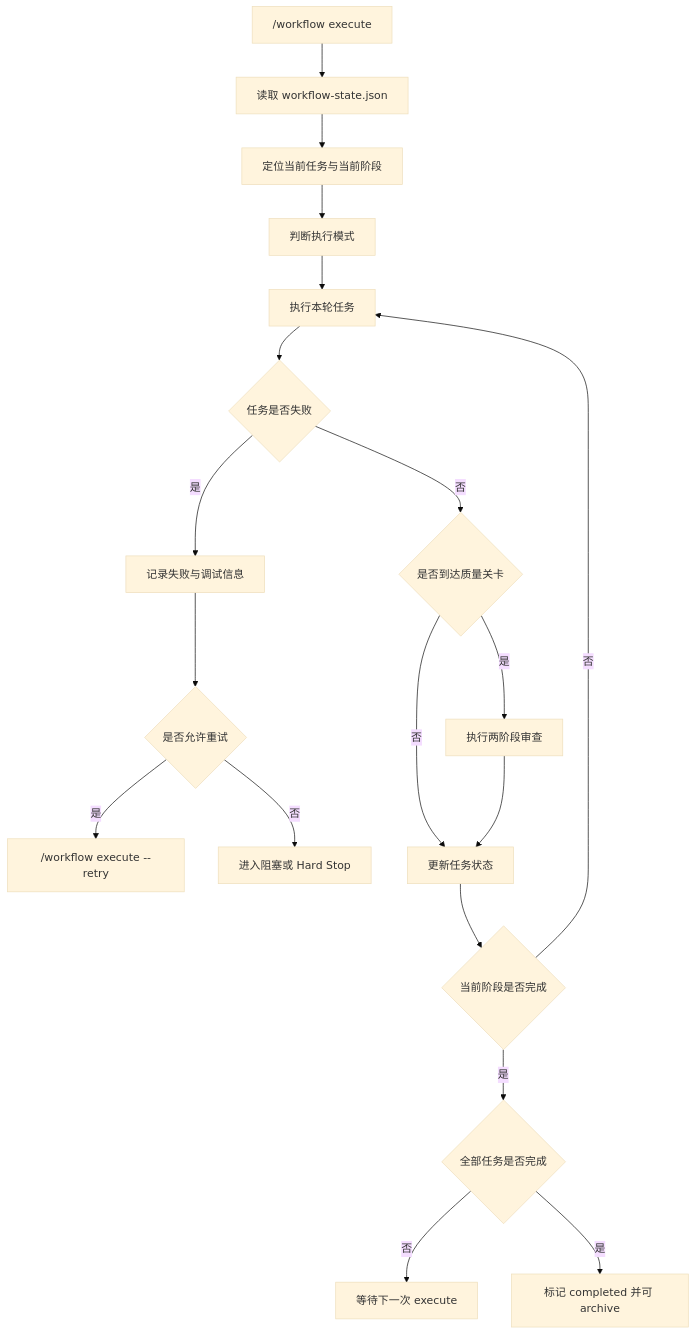
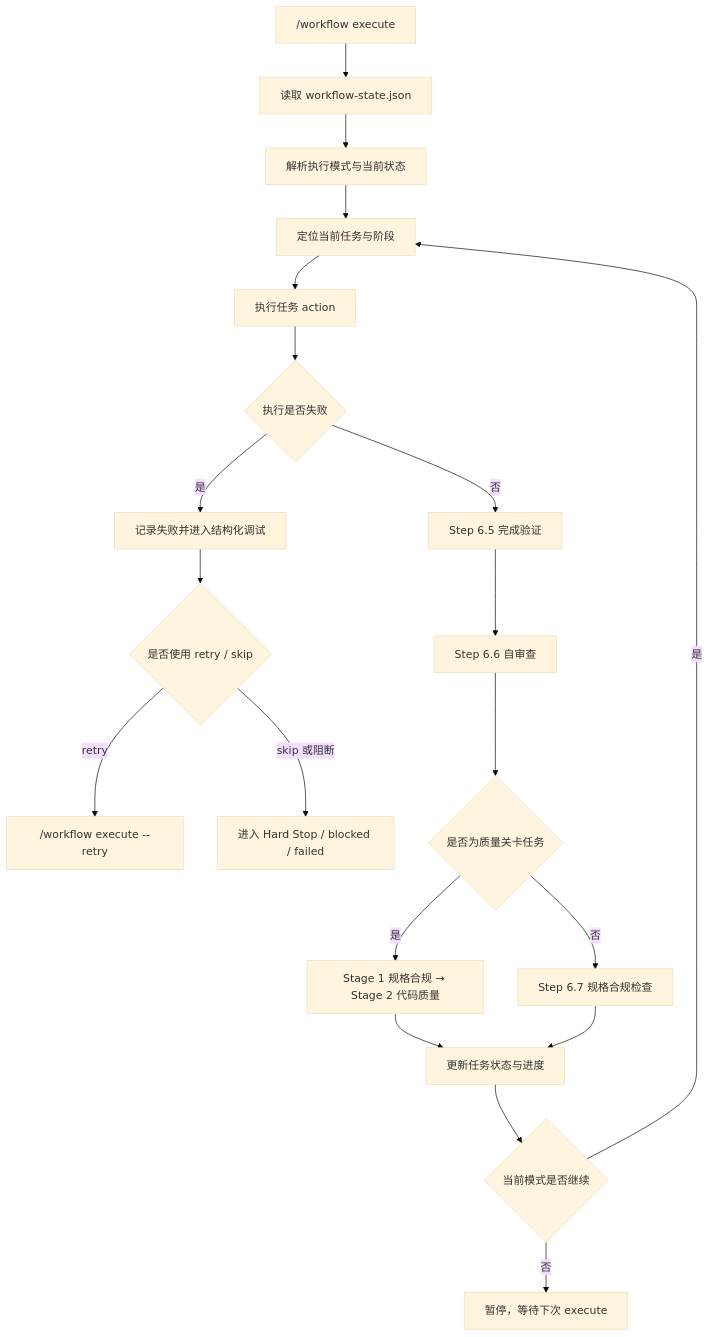
Before and after one commit to fan776783/claude-workflow: the second of 2 diagrams in Claude-Code-工作流体系指南.md, drawn with Mermaid (base theme). The commit also changed other lines of this file and 39 other files, not shown here.

````diff
--- a/Claude-Code-工作流体系指南.md
+++ b/Claude-Code-工作流体系指南.md
@@ -406,21 +395,22 @@
 ```mermaid
 flowchart TD
     A["/workflow execute"] --> B["读取 workflow-state.json"]
-    B --> C["定位当前任务与当前阶段"]
-    C --> D["判断执行模式"]
-    D --> E["执行本轮任务"]
-    E --> F{"任务是否失败"}
-    F -->|是| G["记录失败与调试信息"]
-    G --> H{"是否允许重试"}
-    H -->|是| I["/workflow execute --retry"]
-    H -->|否| J["进入阻塞或 Hard Stop"]
-    F -->|否| K{"是否到达质量关卡"}
-    K -->|是| L["执行两阶段审查"]
-    K -->|否| M["更新任务状态"]
-    L --> M
-    M --> N{"当前阶段是否完成"}
-    N -->|否| E
-    N -->|是| O{"全部任务是否完成"}
-    O -->|否| P["等待下一次 execute"]
-    O -->|是| Q["标记 completed 并可 archive"]
+    B --> C["解析执行模式与当前状态"]
+    C --> D["定位当前任务与阶段"]
+    D --> E["执行任务 action"]
+    E --> F{"执行是否失败"}
+    F -->|是| G["记录失败并进入结构化调试"]
+    G --> H{"是否使用 retry / skip"}
+    H -->|retry| I["/workflow execute --retry"]
+    H -->|skip 或阻断| J["进入 Hard Stop / blocked / failed"]
+    F -->|否| K["Step 6.5 完成验证"]
+    K --> L["Step 6.6 自审查"]
+    L --> M{"是否为质量关卡任务"}
+    M -->|是| N["Stage 1 规格合规 → Stage 2 代码质量"]
+    M -->|否| O["Step 6.7 规格合规检查"]
+    N --> P["更新任务状态与进度"]
+    O --> P
+    P --> Q{"当前模式是否继续"}
+    Q -->|是| D
+    Q -->|否| R["暂停，等待下次 execute"]
 ```
````
